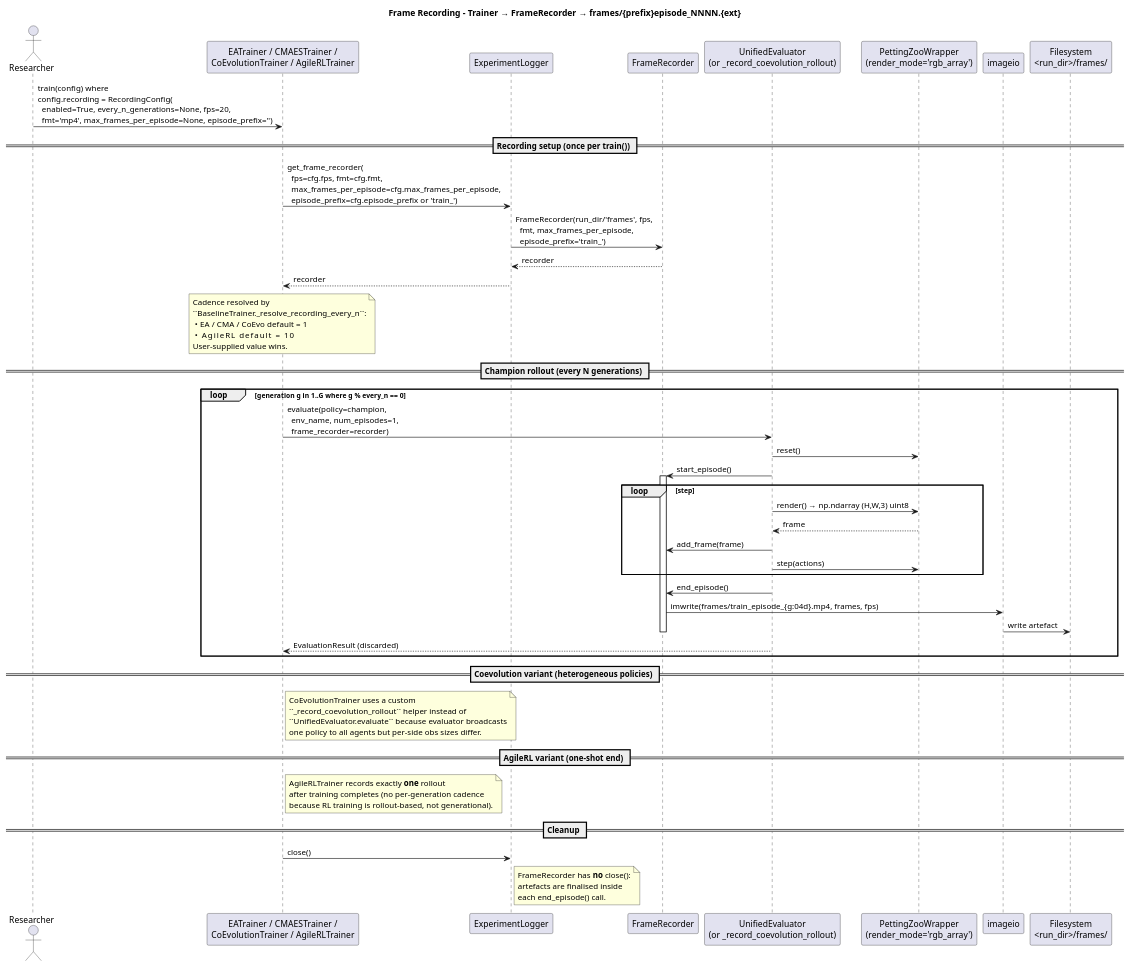
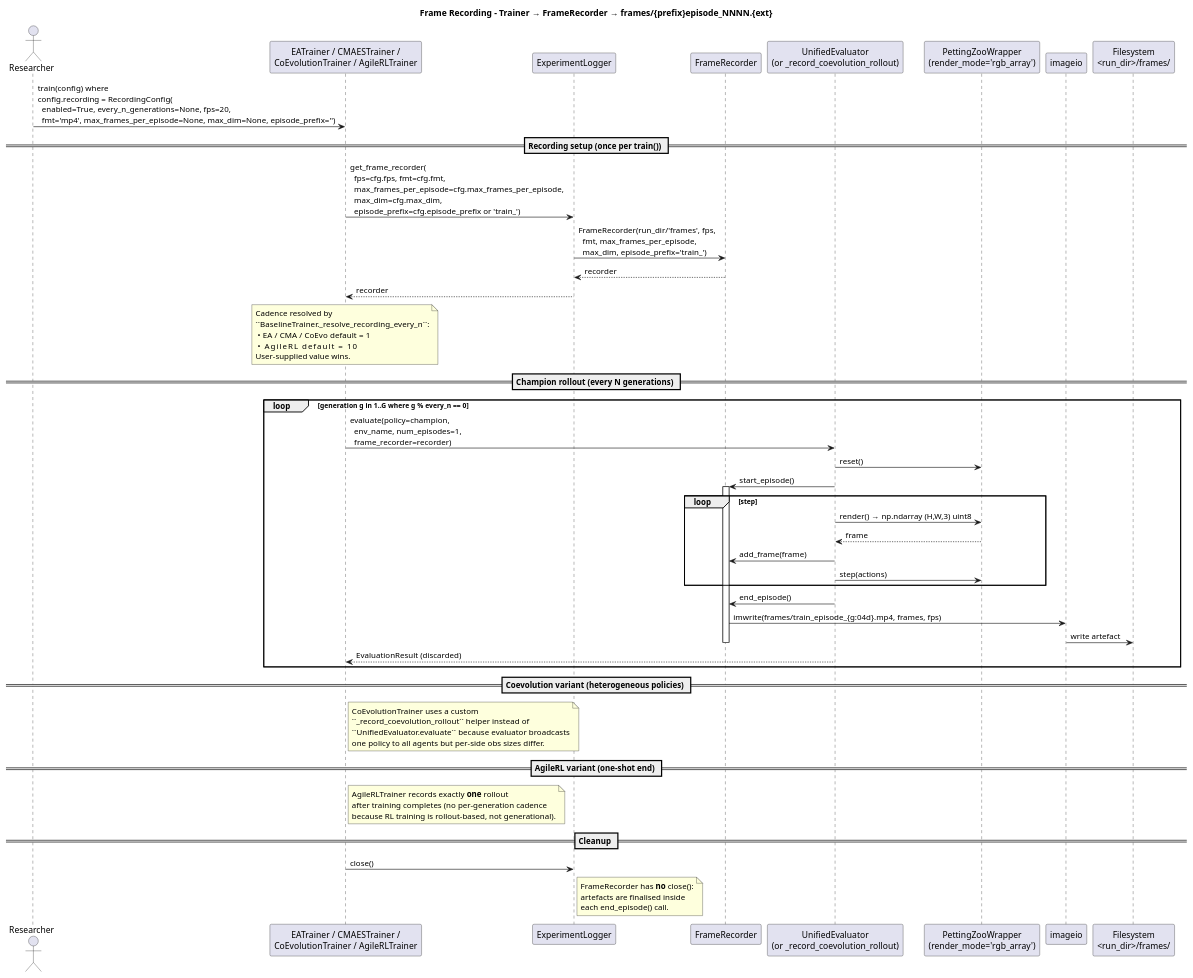
The diagram in docs/UML/sequence_frame_recording.puml (Alex180504/DEAP-Zoo-bridge), drawn with PlantUML before and after one commit. The commit also changed 5 other files, not shown here.

```diff
--- a/docs/UML/sequence_frame_recording.puml
+++ b/docs/UML/sequence_frame_recording.puml
@@ -1,71 +1,71 @@
 @startuml sequence_frame_recording
 title Frame Recording – Trainer → FrameRecorder → frames/{prefix}episode_NNNN.{ext}
 
 actor "Researcher" as R
 participant "EATrainer / CMAESTrainer /\nCoEvolutionTrainer / AgileRLTrainer" as T
 participant "ExperimentLogger" as EL
 participant "FrameRecorder" as FR
 participant "UnifiedEvaluator\n(or _record_coevolution_rollout)" as UE
 participant "PettingZooWrapper\n(render_mode='rgb_array')" as PZ
 participant "imageio" as IO
 participant "Filesystem\n<run_dir>/frames/" as FS
 
-R -> T: train(config) where\nconfig.recording = RecordingConfig(\n  enabled=True, every_n_generations=None, fps=20,\n  fmt='mp4', max_frames_per_episode=None, episode_prefix='')
+R -> T: train(config) where\nconfig.recording = RecordingConfig(\n  enabled=True, every_n_generations=None, fps=20,\n  fmt='mp4', max_frames_per_episode=None, max_dim=None, episode_prefix='')
 
 == Recording setup (once per train()) ==
-T -> EL: get_frame_recorder(\n  fps=cfg.fps, fmt=cfg.fmt,\n  max_frames_per_episode=cfg.max_frames_per_episode,\n  episode_prefix=cfg.episode_prefix or 'train_')
-EL -> FR: FrameRecorder(run_dir/'frames', fps,\n  fmt, max_frames_per_episode,\n  episode_prefix='train_')
+T -> EL: get_frame_recorder(\n  fps=cfg.fps, fmt=cfg.fmt,\n  max_frames_per_episode=cfg.max_frames_per_episode,\n  max_dim=cfg.max_dim,\n  episode_prefix=cfg.episode_prefix or 'train_')
+EL -> FR: FrameRecorder(run_dir/'frames', fps,\n  fmt, max_frames_per_episode,\n  max_dim, episode_prefix='train_')
 FR --> EL: recorder
 EL --> T: recorder
 
 note over T
   Cadence resolved by
   ``BaselineTrainer._resolve_recording_every_n``:
    • EA / CMA / CoEvo  default = 1
    • AgileRL           default = 10
   User-supplied value wins.
 end note
 
 == Champion rollout (every N generations) ==
 loop generation g in 1..G  where g % every_n == 0
     T -> UE: evaluate(policy=champion,\n  env_name, num_episodes=1,\n  frame_recorder=recorder)
     UE -> PZ: reset()
     UE -> FR: start_episode()
     activate FR
     loop step
         UE -> PZ: render() → np.ndarray (H,W,3) uint8
         PZ --> UE: frame
         UE -> FR: add_frame(frame)
         UE -> PZ: step(actions)
     end
     UE -> FR: end_episode()
     FR -> IO: imwrite(frames/train_episode_{g:04d}.mp4, frames, fps)
     IO -> FS: write artefact
     deactivate FR
     UE --> T: EvaluationResult (discarded)
 end
 
 == Coevolution variant (heterogeneous policies) ==
 note right of T
   CoEvolutionTrainer uses a custom
   ``_record_coevolution_rollout`` helper instead of
   ``UnifiedEvaluator.evaluate`` because evaluator broadcasts
   one policy to all agents but per-side obs sizes differ.
 end note
 
 == AgileRL variant (one-shot end) ==
 note right of T
   AgileRLTrainer records exactly **one** rollout
   after training completes (no per-generation cadence
   because RL training is rollout-based, not generational).
 end note
 
 == Cleanup ==
 T -> EL: close()
 note right of EL
   FrameRecorder has **no** close():
   artefacts are finalised inside
   each end_episode() call.
 end note
 
 @enduml
```
